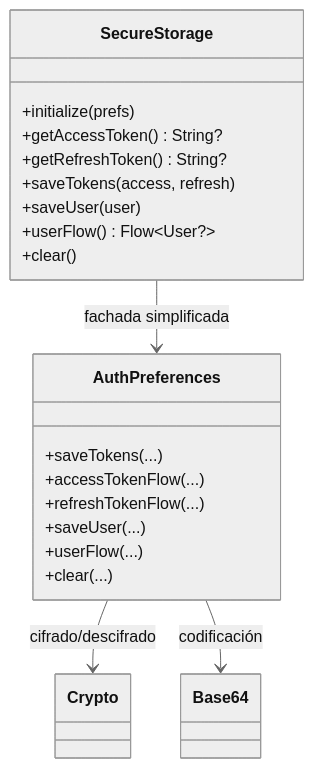
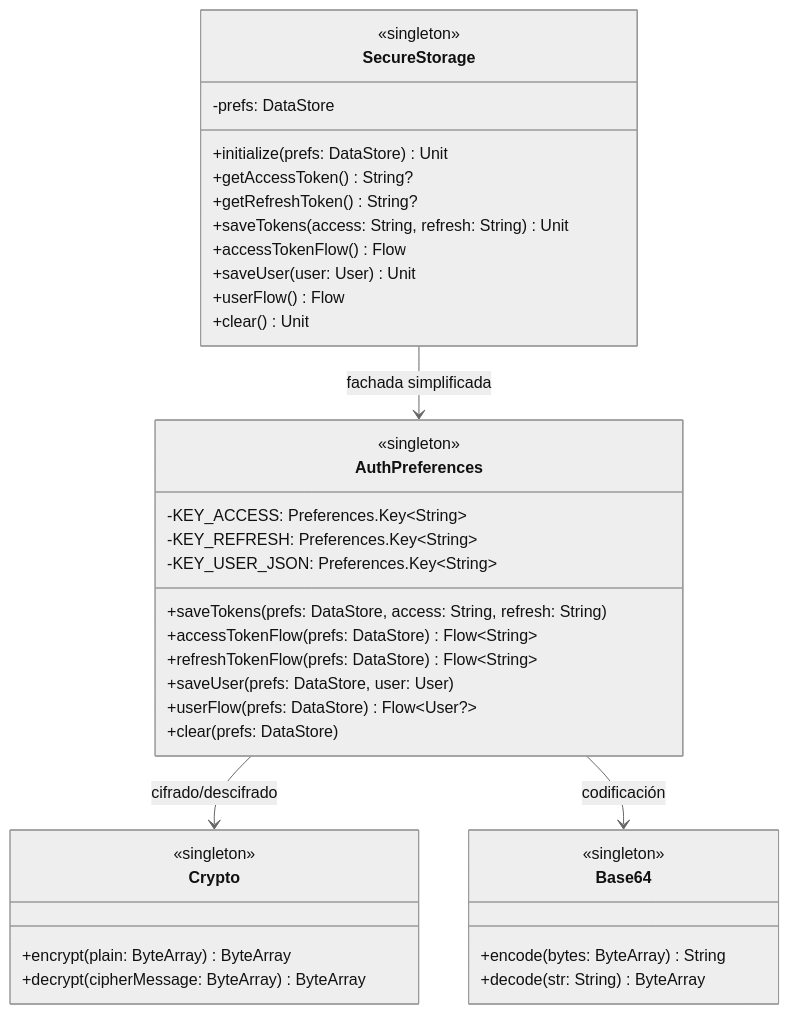
One commit to asobrados03/HumanPerformApp changed the third of 8 diagrams in docs/CLASS_DIAGRAMS.md. Above: the diagram before and after it, drawn with Mermaid (neutral theme).

Commit message:
Update class diagram with method signatures and types

````diff
--- a/docs/CLASS_DIAGRAMS.md
+++ b/docs/CLASS_DIAGRAMS.md
@@ -346,28 +346,47 @@
 ```mermaid
 classDiagram
     class SecureStorage {
-      +initialize(prefs)
-      +getAccessToken() String?
-      +getRefreshToken() String?
-      +saveTokens(access, refresh)
-      +saveUser(user)
-      +userFlow() Flow~User?~
-      +clear()
+        <<singleton>>
+        -prefs: DataStore<Preferences>
+
+        +initialize(prefs: DataStore<Preferences>) Unit
+        +getAccessToken() String?
+        +getRefreshToken() String?
+        +saveTokens(access: String, refresh: String) Unit
+        +accessTokenFlow() Flow<String>
+        +saveUser(user: User) Unit
+        +userFlow() Flow<User?>
+        +clear() Unit
     }
 
     class AuthPreferences {
-      +saveTokens(...)
-      +accessTokenFlow(...)
-      +refreshTokenFlow(...)
-      +saveUser(...)
-      +userFlow(...)
-      +clear(...)
+        <<singleton>>
+
+        -KEY_ACCESS: Preferences.Key~String~
+        -KEY_REFRESH: Preferences.Key~String~
+        -KEY_USER_JSON: Preferences.Key~String~
+
+        +saveTokens(prefs: DataStore<Preferences>, access: String, refresh: String)
+        +accessTokenFlow(prefs: DataStore<Preferences>) Flow~String~
+        +refreshTokenFlow(prefs: DataStore<Preferences>) Flow~String~
+        +saveUser(prefs: DataStore<Preferences>, user: User)
+        +userFlow(prefs: DataStore<Preferences>) Flow~User?~
+        +clear(prefs: DataStore<Preferences>)
     }
 
-    class Crypto
-    class Base64
+    class Crypto {
+        <<singleton>>
+        +encrypt(plain: ByteArray) ByteArray
+        +decrypt(cipherMessage: ByteArray) ByteArray
+    }
+
+    class Base64 {
+        <<singleton>>
+        +encode(bytes: ByteArray) String
+        +decode(str: String) ByteArray
+    }
 
     SecureStorage --> AuthPreferences : fachada simplificada
     AuthPreferences --> Crypto : cifrado/descifrado
     AuthPreferences --> Base64 : codificación
 ```
````
